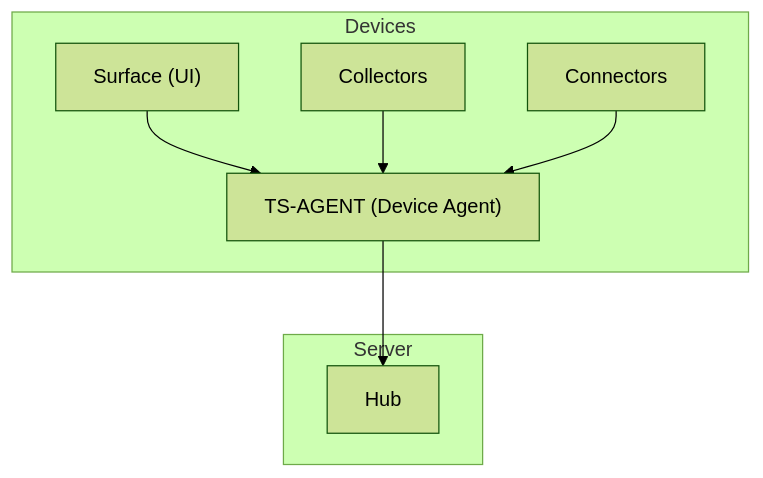
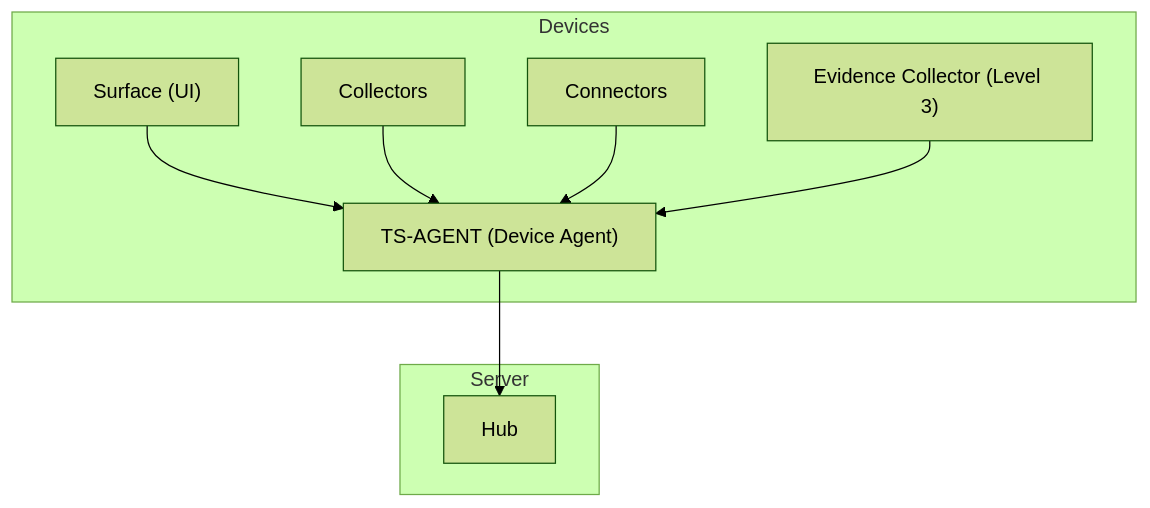
One commit to asukhodko/timeskein changed the second of 8 diagrams in .qoder/repowiki/en/content/Project Overview/Glossary.md. Above: the diagram before and after it, drawn with Mermaid (forest theme). The commit also changed other lines of this file and 6 other files, not shown here.

First line of the commit message:
docs(adr): add ADR-0003 Evidence-Mode Opt-in architecture decision

````diff
--- a/.qoder/repowiki/en/content/Project Overview/Glossary.md
+++ b/.qoder/repowiki/en/content/Project Overview/Glossary.md
@@ -137,16 +158,18 @@
 ```mermaid
 graph TB
 subgraph "Devices"
 Surface["Surface (UI)"]
 Agent["TS-AGENT (Device Agent)"]
 Collectors["Collectors"]
 Connectors["Connectors"]
+EvidenceCollector["Evidence Collector (Level 3)"]
 end
 subgraph "Server"
 Hub["Hub"]
 end
 Surface --> Agent
 Collectors --> Agent
 Connectors --> Agent
+EvidenceCollector --> Agent
 Agent --> Hub
 ```
````
